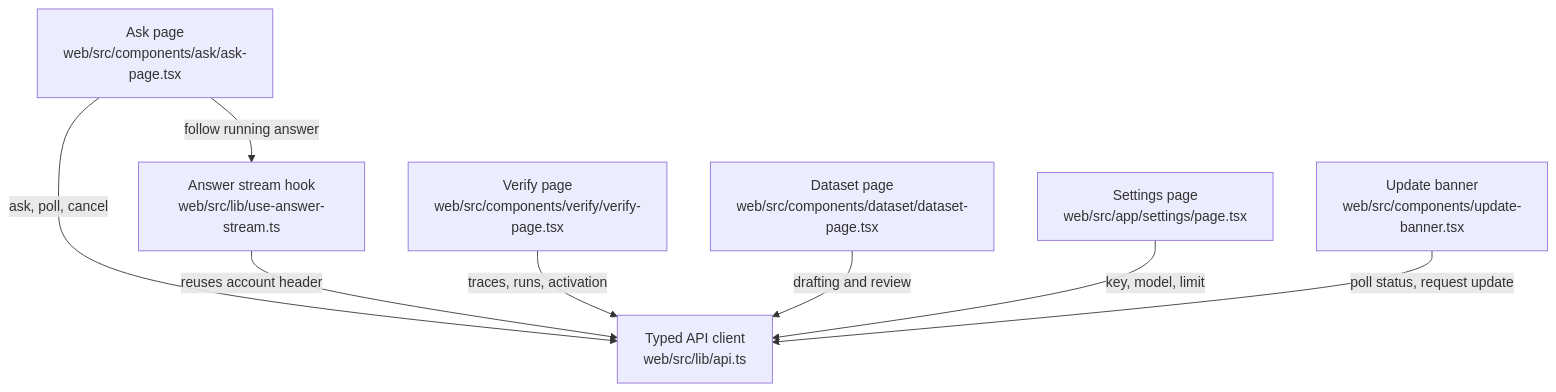
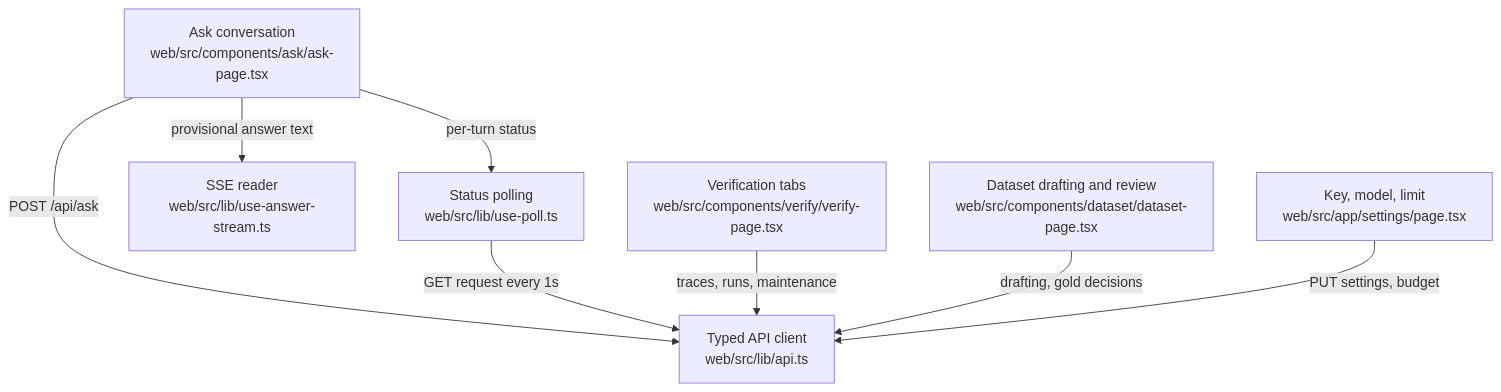
One commit to littleeeeebit/project-codeit-mid changed the diagram in .omm/overall-architecture/web-screens/diagram.mmd. Above: the diagram before and after it, drawn with Mermaid. The commit also changed 384 other files, not shown here.

```diff
--- a/.omm/overall-architecture/web-screens/diagram.mmd
+++ b/.omm/overall-architecture/web-screens/diagram.mmd
@@ -1,15 +1,8 @@
 graph TD
-  ask-page["Ask page\nweb/src/components/ask/ask-page.tsx"]
-  verify-page["Verify page\nweb/src/components/verify/verify-page.tsx"]
-  dataset-page["Dataset page\nweb/src/components/dataset/dataset-page.tsx"]
-  settings-page["Settings page\nweb/src/app/settings/page.tsx"]
-  update-banner["Update banner\nweb/src/components/update-banner.tsx"]
-  answer-stream["Answer stream hook\nweb/src/lib/use-answer-stream.ts"]
-  api-client["Typed API client\nweb/src/lib/api.ts"]
-  ask-page -->|ask, poll, cancel| api-client
-  ask-page -->|follow running answer| answer-stream
-  answer-stream -->|reuses account header| api-client
-  verify-page -->|traces, runs, activation| api-client
-  dataset-page -->|drafting and review| api-client
-  settings-page -->|key, model, limit| api-client
-  update-banner -->|poll status, request update| api-client
+  ask-page["Ask conversation\nweb/src/components/ask/ask-page.tsx"] -->|POST /api/ask| api-client["Typed API client\nweb/src/lib/api.ts"]
+  ask-page -->|per-turn status| status-poll["Status polling\nweb/src/lib/use-poll.ts"]
+  ask-page -->|provisional answer text| answer-stream["SSE reader\nweb/src/lib/use-answer-stream.ts"]
+  status-poll -->|GET request every 1s| api-client
+  verify-page["Verification tabs\nweb/src/components/verify/verify-page.tsx"] -->|traces, runs, maintenance| api-client
+  dataset-page["Dataset drafting and review\nweb/src/components/dataset/dataset-page.tsx"] -->|drafting, gold decisions| api-client
+  settings-page["Key, model, limit\nweb/src/app/settings/page.tsx"] -->|PUT settings, budget| api-client
```
